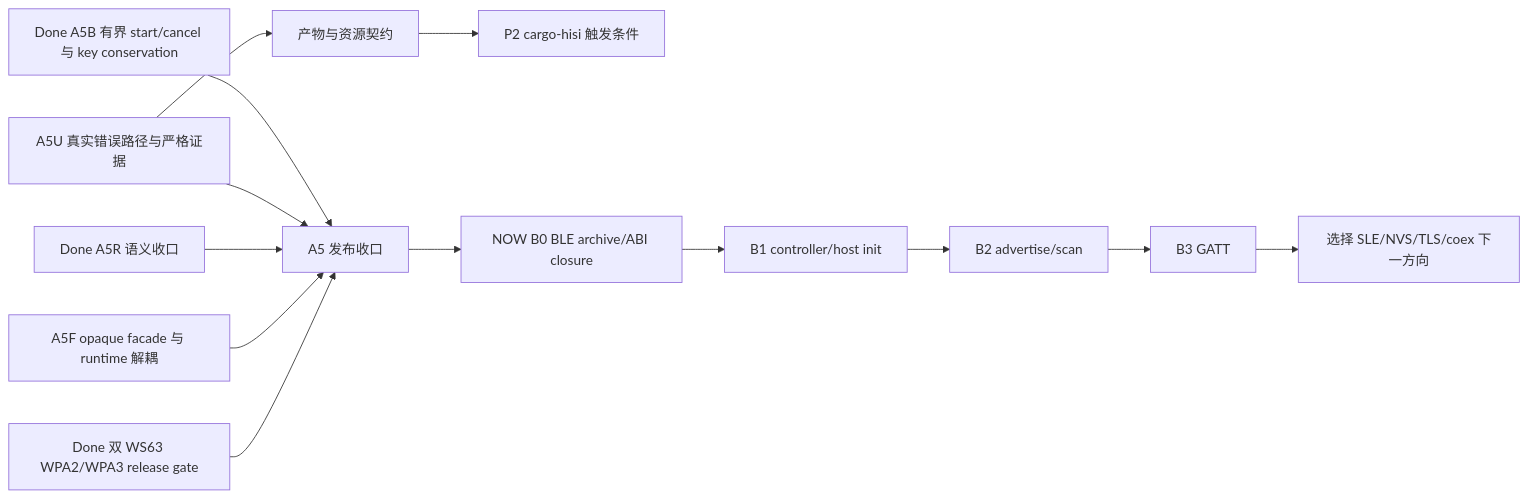
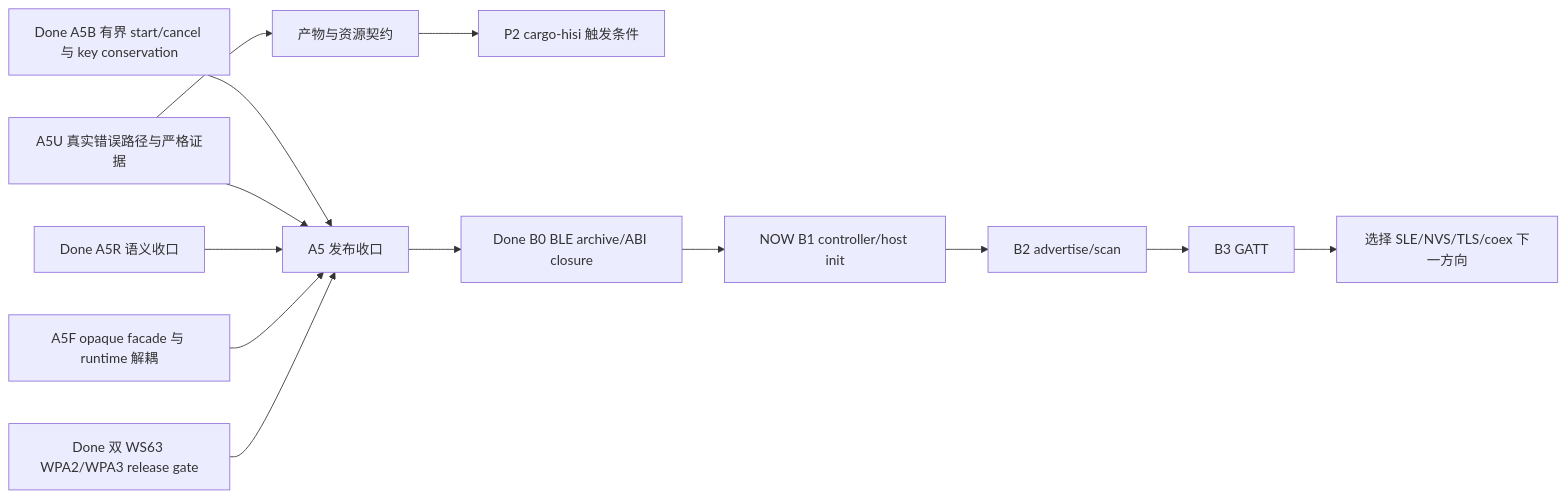
One commit to hispark-rs/hisi-riscv-rs changed the diagram in docs/plan/README.md. Above: the diagram before and after it, drawn with Mermaid. The commit also changed other lines of this file and 4 other files, not shown here.

Commit message:
docs: close BLE archive ABI milestone

````diff
--- a/docs/plan/README.md
+++ b/docs/plan/README.md
@@ -41,15 +41,15 @@
 ```mermaid
 flowchart LR
     A5B["Done A5B 有界 start/cancel 与 key conservation"] --> A5["A5 发布收口"]
     A5U["A5U 真实错误路径与严格证据"] --> A5
     A5U --> REPORT["产物与资源契约"]
     REPORT --> CLI["P2 cargo-hisi 触发条件"]
     A5R["Done A5R 语义收口"] --> A5
     A5F["A5F opaque facade 与 runtime 解耦"] --> A5
     WPA3["Done 双 WS63 WPA2/WPA3 release gate"] --> A5
-    A5 --> B0["NOW B0 BLE archive/ABI closure"]
-    B0 --> B1["B1 controller/host init"]
+    A5 --> B0["Done B0 BLE archive/ABI closure"]
+    B0 --> B1["NOW B1 controller/host init"]
     B1 --> B2["B2 advertise/scan"]
     B2 --> B3["B3 GATT"]
     B3 --> NEXT["选择 SLE/NVS/TLS/coex 下一方向"]
 ```
````
